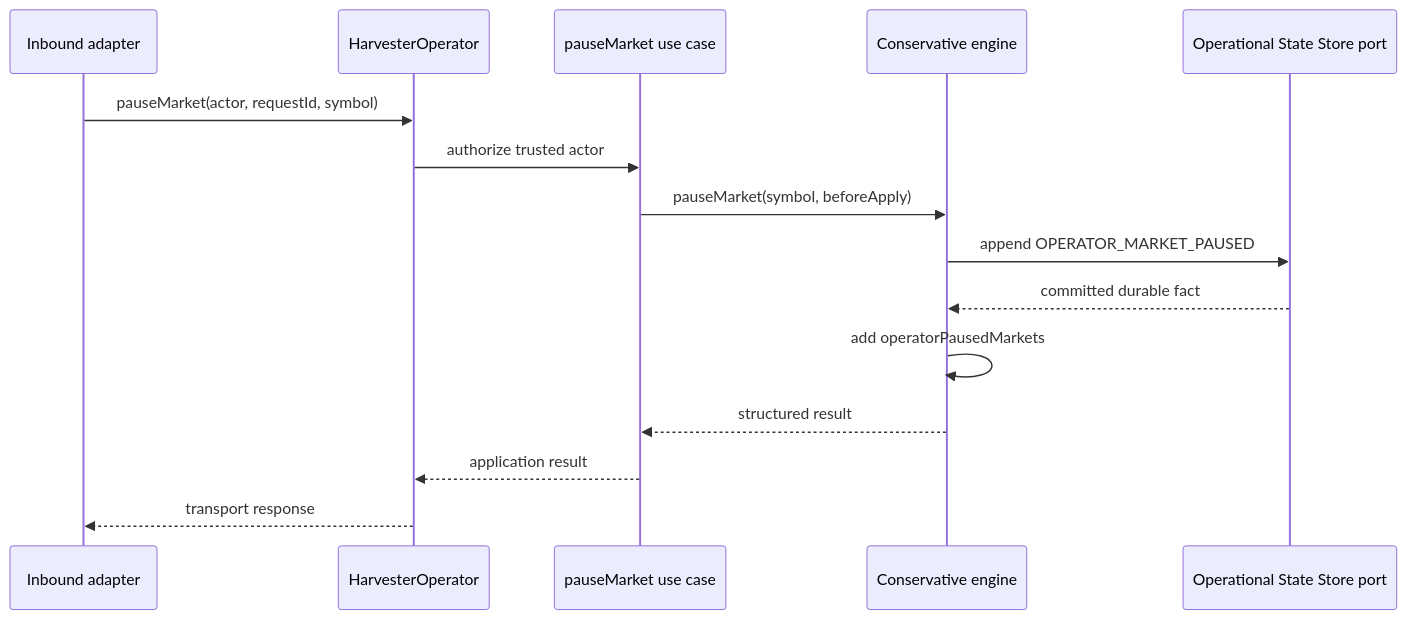
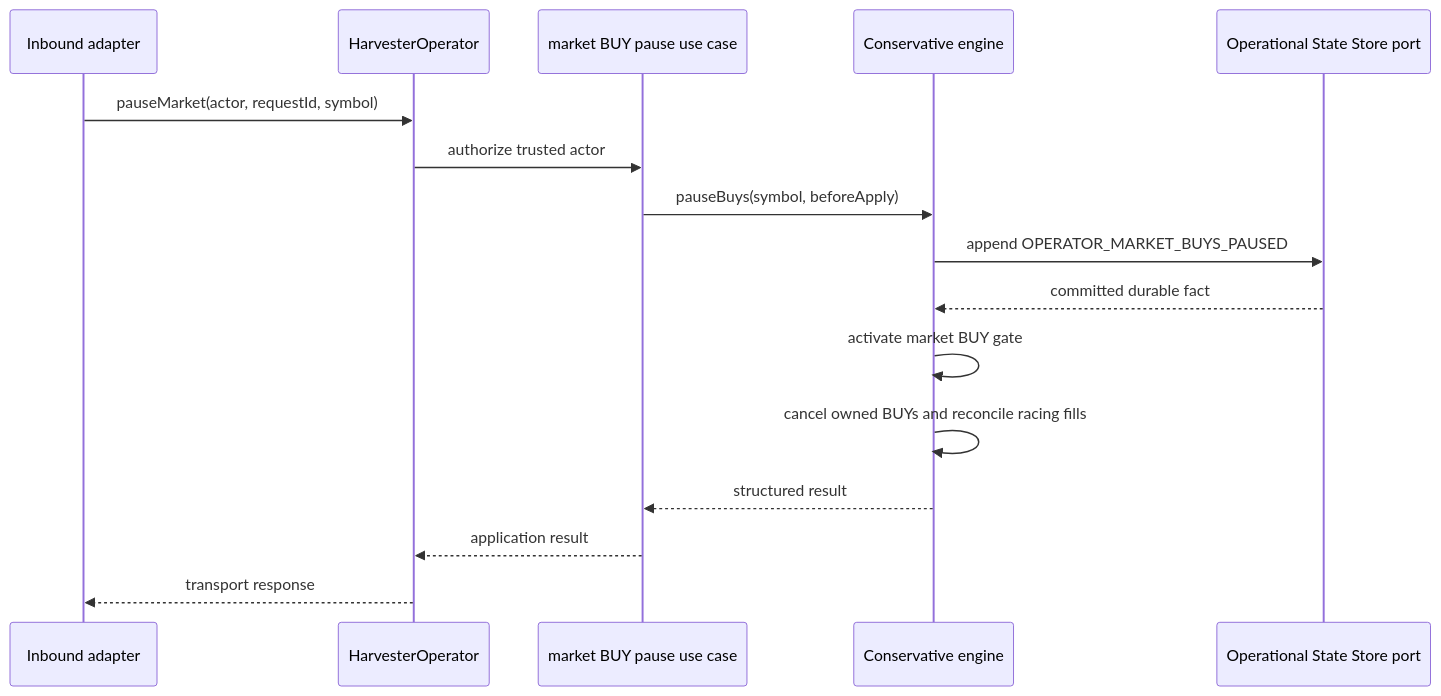
One commit to 45s/coinzilla changed the second of 2 diagrams in apps/harvester/docs/architecture/OPERATOR_CONTROL_DESIGN.md. Above: the diagram before and after it, drawn with Mermaid. The commit also changed other lines of this file, not shown here.

Commit message:
docs(harvester): update operator control design for unified Pause

````diff
--- a/apps/harvester/docs/architecture/OPERATOR_CONTROL_DESIGN.md
+++ b/apps/harvester/docs/architecture/OPERATOR_CONTROL_DESIGN.md
@@ -137,17 +137,18 @@
 ```mermaid
 sequenceDiagram
   participant T as Inbound adapter
   participant O as HarvesterOperator
-  participant U as pauseMarket use case
+  participant U as market BUY pause use case
   participant E as Conservative engine
   participant F as Operational State Store port
   T->>O: pauseMarket(actor, requestId, symbol)
   O->>U: authorize trusted actor
-  U->>E: pauseMarket(symbol, beforeApply)
-  E->>F: append OPERATOR_MARKET_PAUSED
+  U->>E: pauseBuys(symbol, beforeApply)
+  E->>F: append OPERATOR_MARKET_BUYS_PAUSED
   F-->>E: committed durable fact
-  E->>E: add operatorPausedMarkets
+  E->>E: activate market BUY gate
+  E->>E: cancel owned BUYs and reconcile racing fills
   E-->>U: structured result
   U-->>O: application result
   O-->>T: transport response
 ```
````
